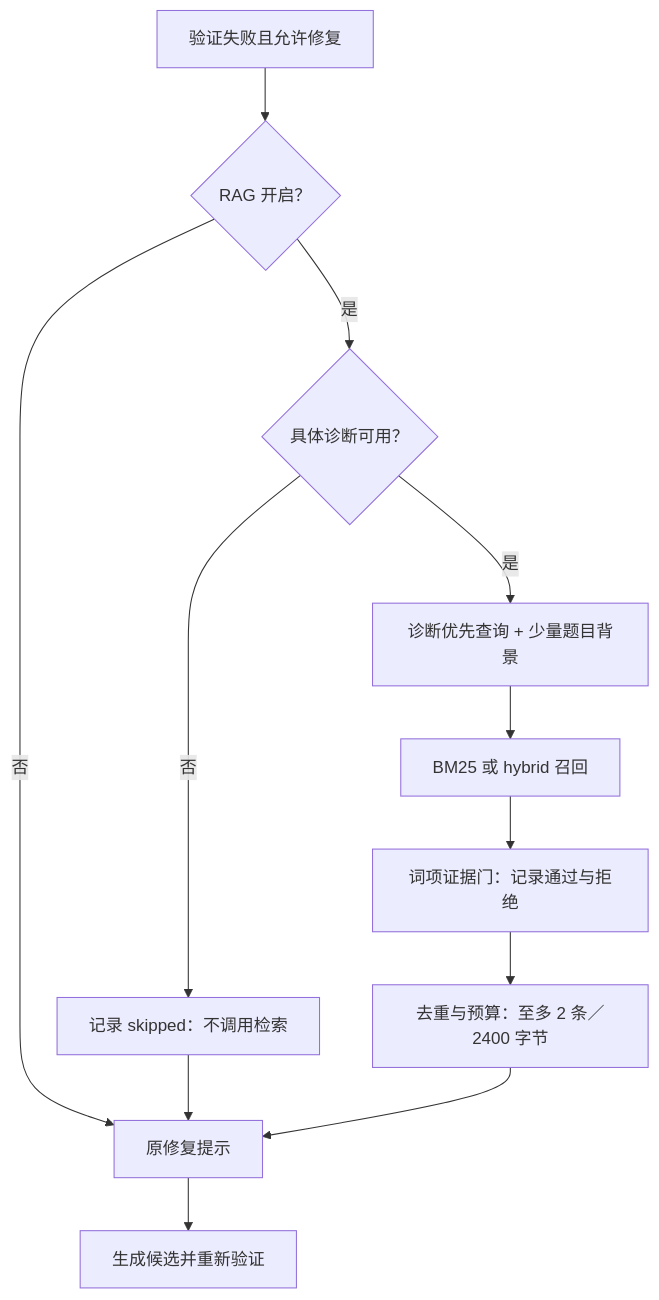
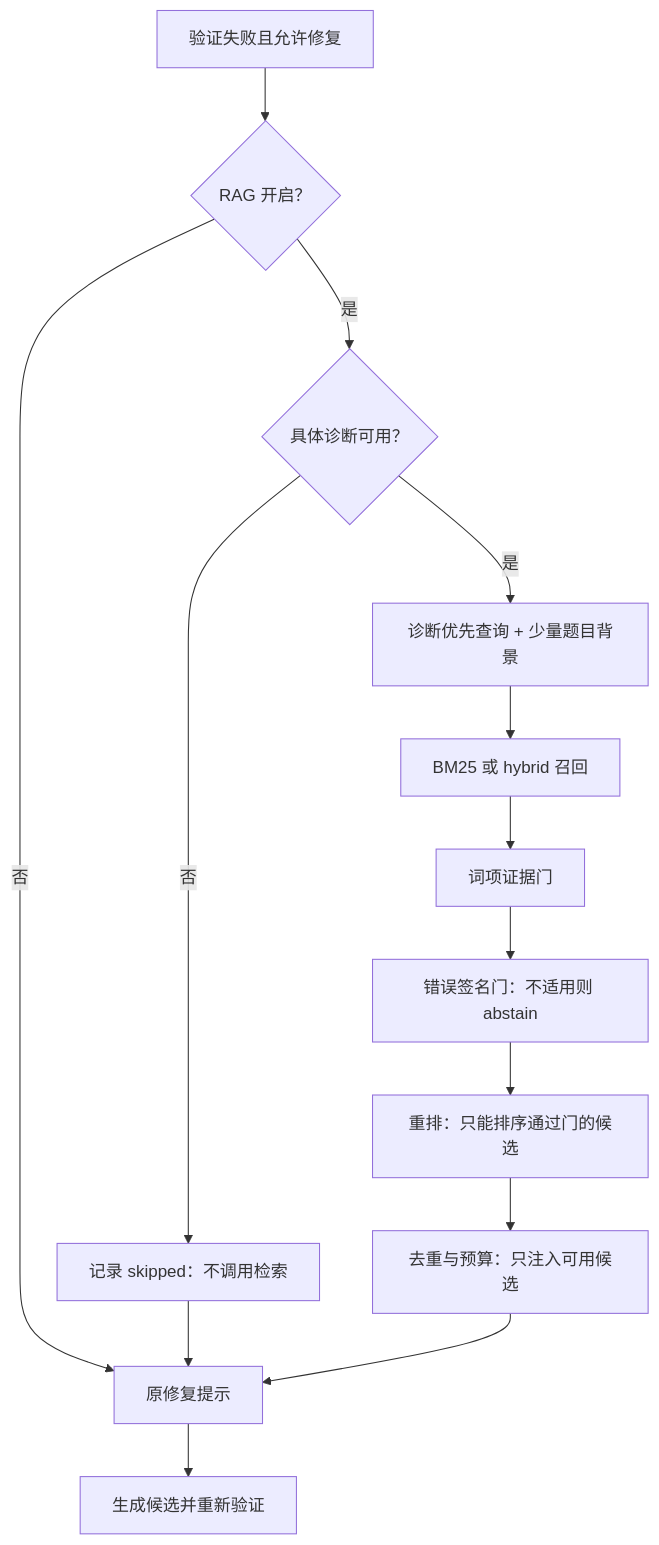
The diagram in report/design/rag_repair_v2.md (yissyii/HLS-agent), drawn with Mermaid before and after one commit. The commit also changed other lines of this file and 8 other files, not shown here.

````diff
--- a/report/design/rag_repair_v2.md
+++ b/report/design/rag_repair_v2.md
@@ -73,14 +75,16 @@
 ```mermaid
 flowchart TD
     A[验证失败且允许修复] --> B{RAG 开启？}
-    B -->|否| H[原修复提示]
+    B -->|否| P[原修复提示]
     B -->|是| C{具体诊断可用？}
     C -->|否| S[记录 skipped：不调用检索]
-    S --> H
+    S --> P
     C -->|是| D[诊断优先查询 + 少量题目背景]
     D --> E[BM25 或 hybrid 召回]
-    E --> F[词项证据门：记录通过与拒绝]
-    F --> G[去重与预算：至多 2 条／2400 字节]
-    G --> H
-    H --> I[生成候选并重新验证]
+    E --> F[词项证据门]
+    F --> G[错误签名门：不适用则 abstain]
+    G --> H[重排：只能排序通过门的候选]
+    H --> I[去重与预算：只注入可用候选]
+    I --> P
+    P --> J[生成候选并重新验证]
 ```
````
